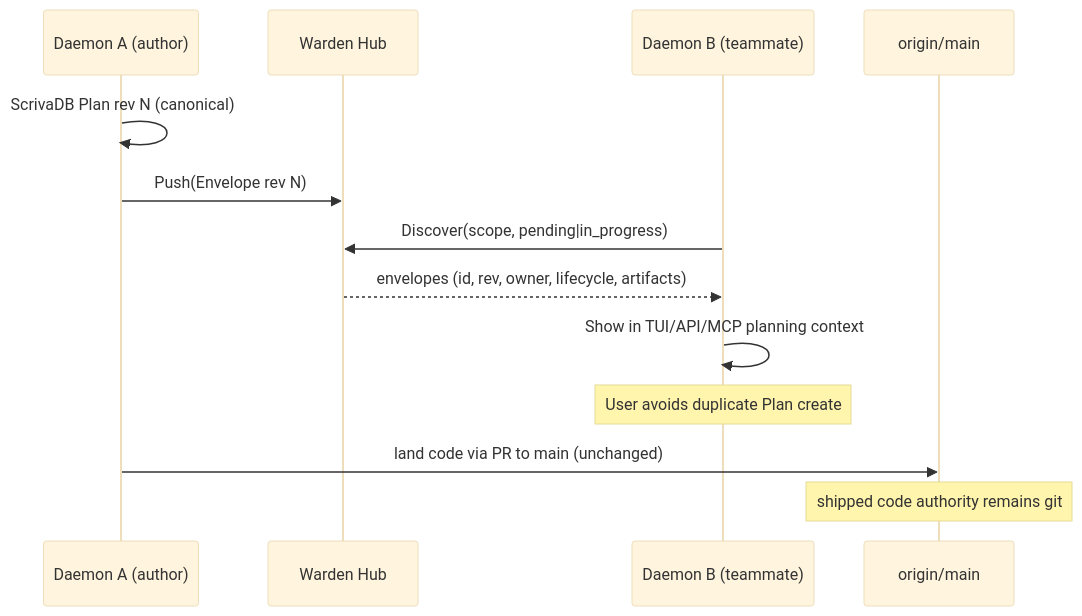
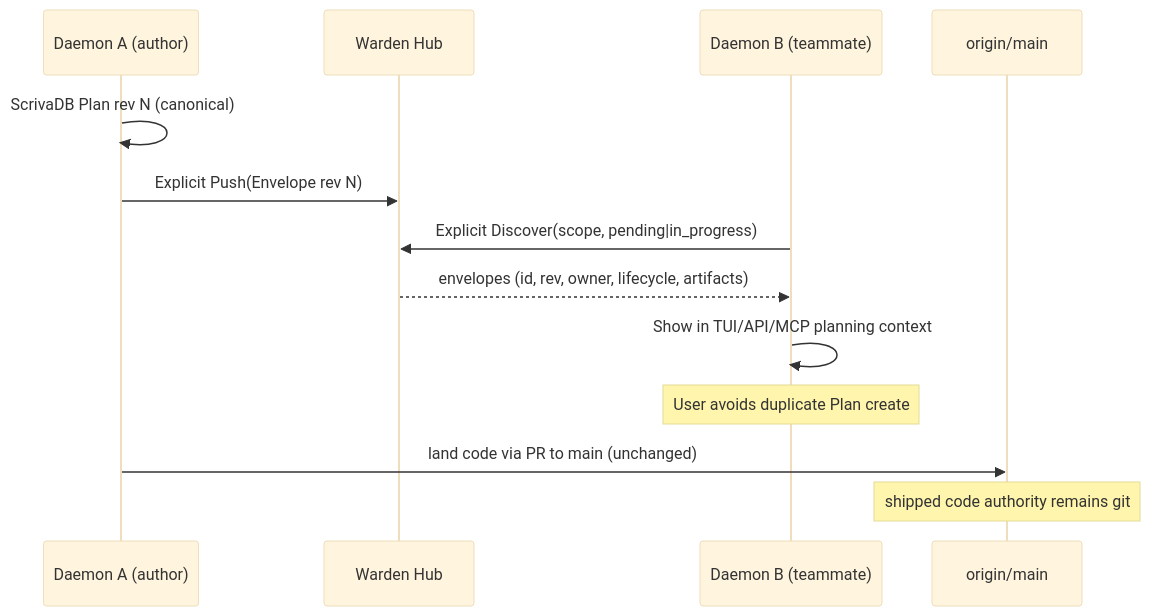
Before and after one commit to srjn45/warden: the diagram in docs/specs/2026-09-30-plan-hub-sync-boundary.md, drawn with Mermaid (base theme). The commit also changed other lines of this file and 6 other files, not shown here.

````diff
--- a/docs/specs/2026-09-30-plan-hub-sync-boundary.md
+++ b/docs/specs/2026-09-30-plan-hub-sync-boundary.md
@@ -124,16 +125,16 @@
 ```mermaid
 sequenceDiagram
   participant A as Daemon A (author)
   participant H as Warden Hub
   participant B as Daemon B (teammate)
   participant Git as origin/main
 
   A->>A: ScrivaDB Plan rev N (canonical)
-  A->>H: Push(Envelope rev N)
-  B->>H: Discover(scope, pending|in_progress)
+  A->>H: Explicit Push(Envelope rev N)
+  B->>H: Explicit Discover(scope, pending|in_progress)
   H-->>B: envelopes (id, rev, owner, lifecycle, artifacts)
   B->>B: Show in TUI/API/MCP planning context
   Note over B: User avoids duplicate Plan create
   A->>Git: land code via PR to main (unchanged)
   Note over Git: shipped code authority remains git
 ```
````
